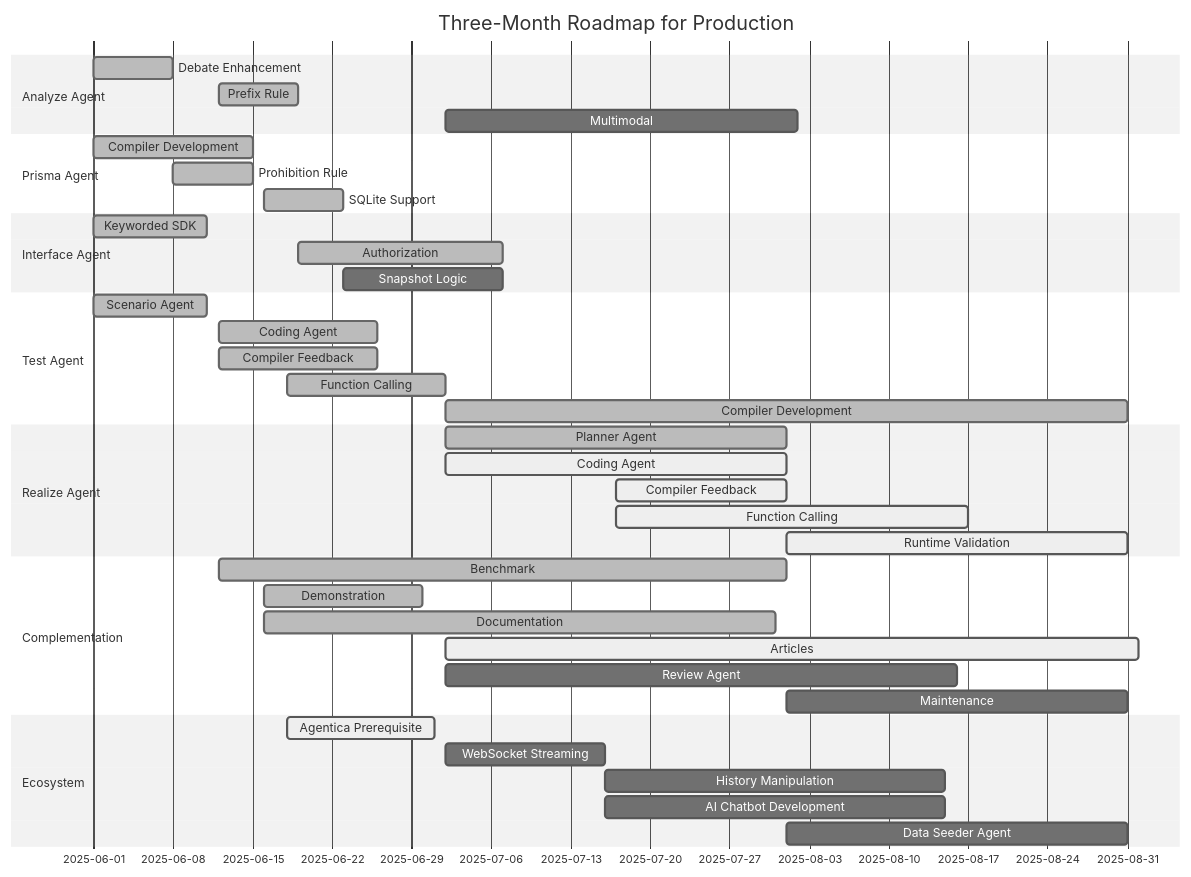
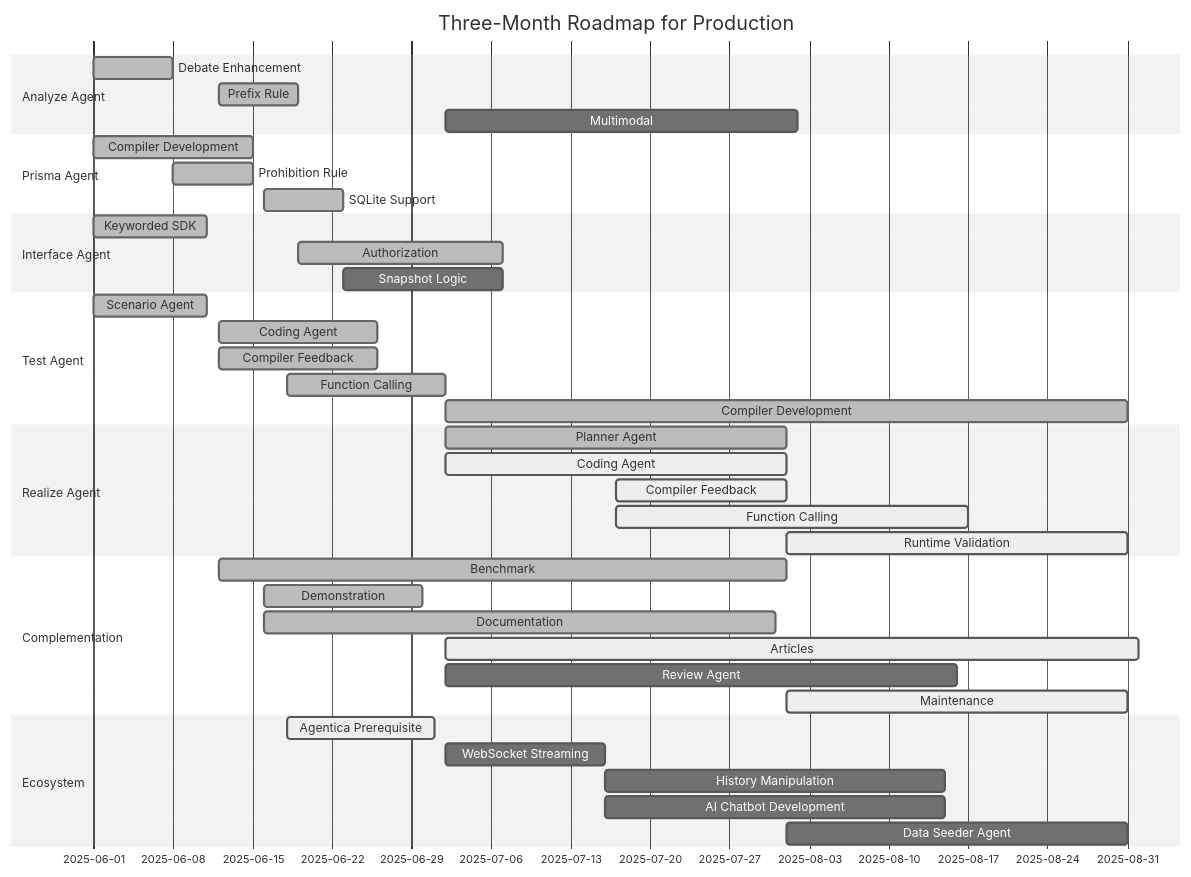
One commit to RavenView-ai/autobe changed the second of 2 diagrams in README.md. Above: the diagram before and after it, drawn with Mermaid (neutral theme). The commit also changed 20 other files, not shown here.

````diff
--- a/README.md
+++ b/README.md
@@ -155,49 +155,49 @@
 ```mermaid
 gantt
   dateFormat YYYY-MM-DD
   title Three-Month Roadmap for Production
 
   section Analyze Agent
   Debate Enhancement: done,    2025-06-01,  7d
   Prefix Rule:        done,    2025-06-12,  7d
   Multimodal:         planned, 2025-07-02, 31d
 
   section Prisma Agent
   Compiler Development: done, 2025-06-01, 14d
   Prohibition Rule:     done, 2025-06-08,  7d
   SQLite Support:       done, 2025-06-16,  7d
 
   section Interface Agent
   Keyworded SDK:  done,    2025-06-01, 10d
   Authorization:  done,    2025-06-19, 18d
   Snapshot Logic: planned, 2025-06-23, 14d
 
   section Test Agent
   Scenario Agent:       done, 2025-06-01, 10d        
   Coding Agent:         done, 2025-06-12, 14d
   Compiler Feedback:    done, 2025-06-12, 14d
   Function Calling:     done, 2025-06-18, 14d
   Compiler Development: done, 2025-07-02, 60d
 
   section Realize Agent
   Planner Agent:      done,   2025-07-02, 30d
   Coding Agent:       active, 2025-07-02, 30d
   Compiler Feedback:  active, 2025-07-17, 15d
   Function Calling:   active, 2025-07-17, 31d
   Runtime Validation: active, 2025-08-01, 30d
 
   section Complementation
   Benchmark:     done,    2025-06-12, 50d
   Demonstration: done,    2025-06-16, 14d
   Documentation: done,    2025-06-16, 45d
   Articles:      active,  2025-07-02, 61d
   Review Agent:  planned, 2025-07-02, 45d
-  Maintenance:   planned, 2025-08-01, 30d
+  Maintenance:   active,  2025-08-01, 30d
 
   section Ecosystem
   Agentica Prerequisite:  active,  2025-06-18, 13d
   WebSocket Streaming:    planned, 2025-07-02, 14d
   History Manipulation:   planned, 2025-07-16, 30d
   AI Chatbot Development: planned, 2025-07-16, 30d
   Data Seeder Agent:      planned, 2025-08-01, 30d
 ```
````
